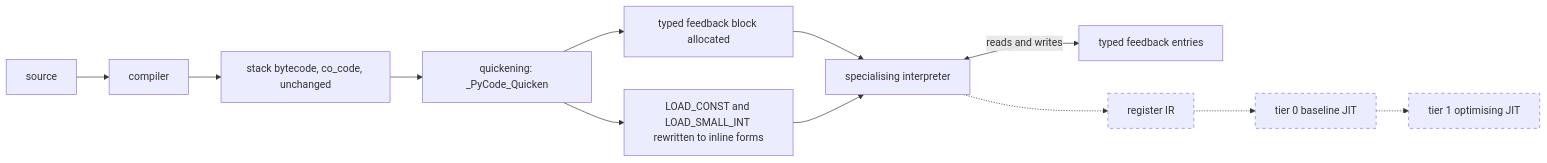
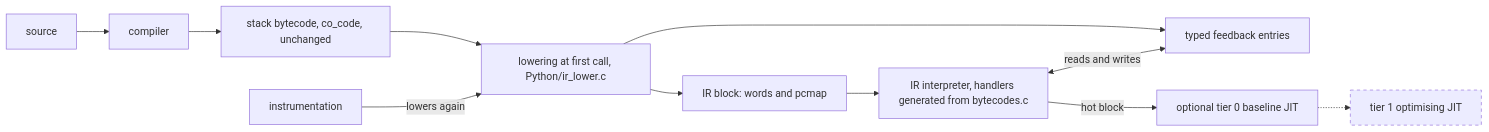
The first of 7 diagrams in boil/PR.md (rjpower/cpython), drawn with Mermaid before and after one commit. The commit also changed other lines of this file, not shown here.

Commit message:
boil: update the PR description for the register IR, shapes and tier 0

````diff
--- a/boil/PR.md
+++ b/boil/PR.md
@@ -24,17 +27,14 @@
 ```mermaid
 flowchart LR
     src["source"] --> comp["compiler"]
     comp --> bc["stack bytecode, co_code, unchanged"]
-    bc --> quick["quickening: _PyCode_Quicken"]
-    quick --> fb["typed feedback block allocated"]
-    quick --> inl["LOAD_CONST and LOAD_SMALL_INT rewritten to inline forms"]
-    fb --> interp["specialising interpreter"]
-    inl --> interp
-    interp <--> |reads and writes| fbe["typed feedback entries"]
-    interp -.-> ir["register IR"]
-    ir -.-> t0["tier 0 baseline JIT"]
+    bc --> lower["lowering at first call, Python/ir_lower.c"]
+    lower --> blk["IR block: words and pcmap"]
+    lower --> fbe["typed feedback entries"]
+    blk --> interp["IR interpreter, handlers generated from bytecodes.c"]
+    interp <--> |reads and writes| fbe
+    mon["instrumentation"] --> |lowers again| lower
+    interp --> |hot block| t0["optional tier 0 baseline JIT"]
     t0 -.-> t1["tier 1 optimising JIT"]
-    style ir stroke-dasharray: 5 5
-    style t0 stroke-dasharray: 5 5
     style t1 stroke-dasharray: 5 5
 ```
````
